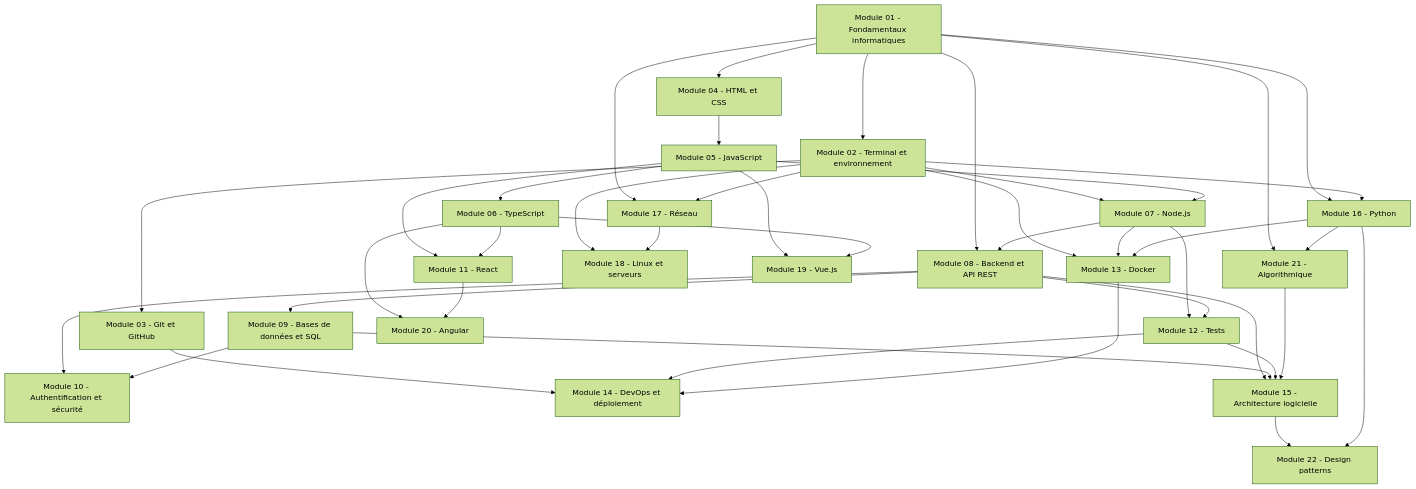
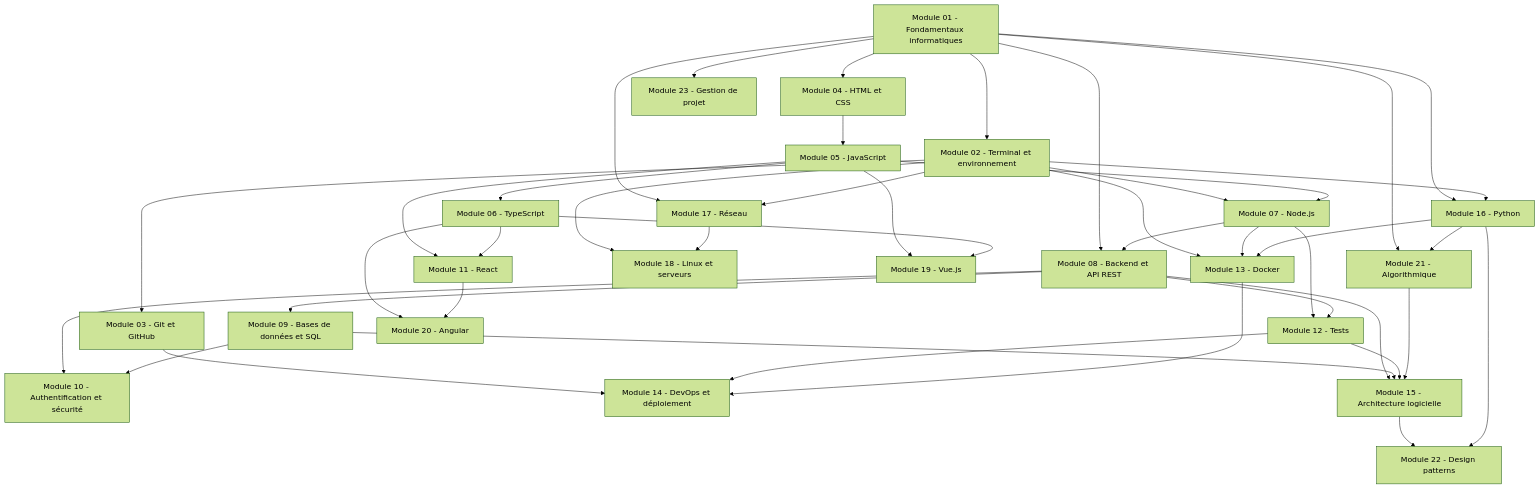
The diagram in 01 — Parcours/Parcours.md (galsen-76/Informatique-), drawn with Mermaid (forest theme) before and after one commit. The commit also changed other lines of this file and 27 other files, not shown here.

First line of the commit message:
Ajoute le module 23 Gestion de projet : POC, prototype, MVP et specs

````diff
--- a/01 — Parcours/Parcours.md
+++ b/01 — Parcours/Parcours.md
@@ -33,6 +33,7 @@
   M20["Module 20 - Angular"]
   M21["Module 21 - Algorithmique"]
   M22["Module 22 - Design patterns"]
+  M23["Module 23 - Gestion de projet"]
   M1 --> M2
   M2 --> M3
   M1 --> M4
@@ -73,6 +74,7 @@
   M21 --> M15
   M15 --> M22
   M16 --> M22
+  M1 --> M23
   class M1 internal-link;
   class M2 internal-link;
   class M3 internal-link;
@@ -95,4 +97,5 @@
   class M20 internal-link;
   class M21 internal-link;
   class M22 internal-link;
+  class M23 internal-link;
 ```
````
